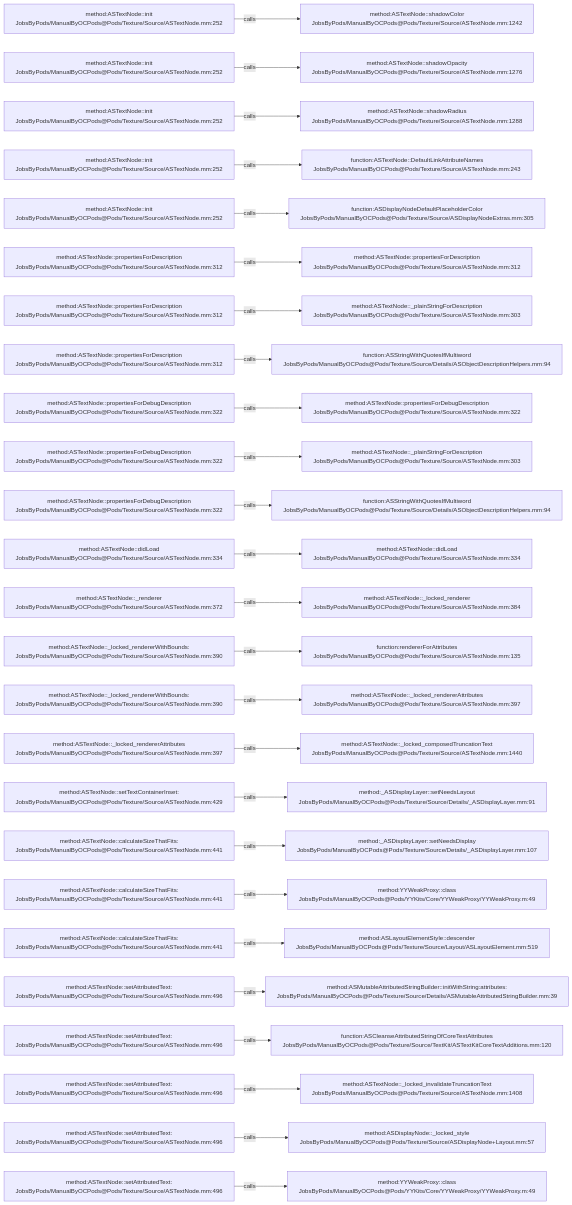
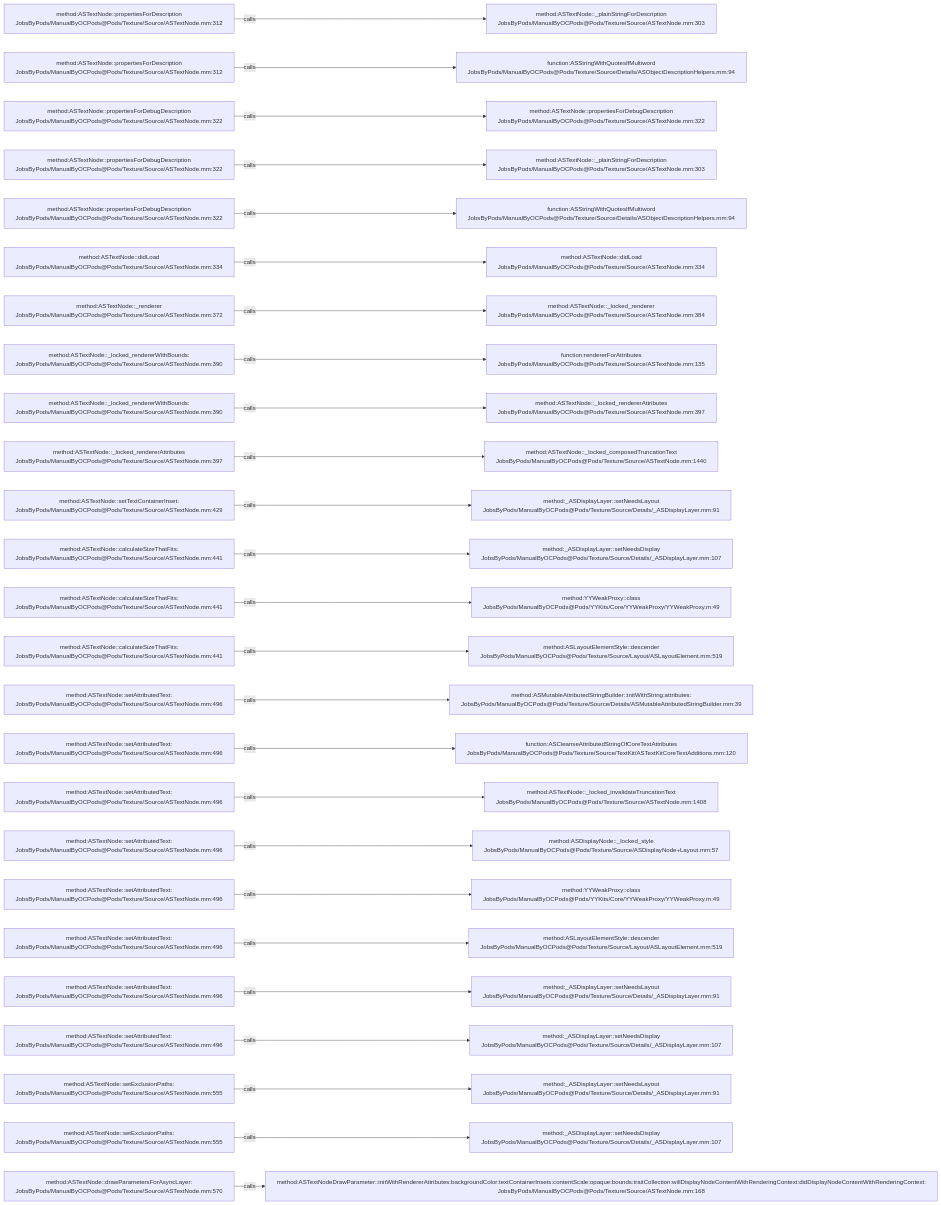
The diagram in .codegraph/codegraph.md/graphs/calls-126.md (JobsKits/JobsOCBaseConfigDemo), drawn with Mermaid before and after one commit. The commit also changed 666 other files, not shown here.

````diff
--- a/.codegraph/codegraph.md/graphs/calls-126.md
+++ b/.codegraph/codegraph.md/graphs/calls-126.md
@@ -13,78 +13,78 @@
 ```mermaid
 flowchart LR
-  S1["method:ASTextNode::init<br/>JobsByPods/ManualByOCPods@Pods/Texture/Source/ASTextNode.mm:252"]
-  T1["method:ASTextNode::shadowColor<br/>JobsByPods/ManualByOCPods@Pods/Texture/Source/ASTextNode.mm:1242"]
+  S1["method:ASTextNode::propertiesForDescription<br/>JobsByPods/ManualByOCPods@Pods/Texture/Source/ASTextNode.mm:312"]
+  T1["method:ASTextNode::_plainStringForDescription<br/>JobsByPods/ManualByOCPods@Pods/Texture/Source/ASTextNode.mm:303"]
   S1 -->|calls| T1
-  S2["method:ASTextNode::init<br/>JobsByPods/ManualByOCPods@Pods/Texture/Source/ASTextNode.mm:252"]
-  T2["method:ASTextNode::shadowOpacity<br/>JobsByPods/ManualByOCPods@Pods/Texture/Source/ASTextNode.mm:1276"]
+  S2["method:ASTextNode::propertiesForDescription<br/>JobsByPods/ManualByOCPods@Pods/Texture/Source/ASTextNode.mm:312"]
+  T2["function:ASStringWithQuotesIfMultiword<br/>JobsByPods/ManualByOCPods@Pods/Texture/Source/Details/ASObjectDescriptionHelpers.mm:94"]
   S2 -->|calls| T2
-  S3["method:ASTextNode::init<br/>JobsByPods/ManualByOCPods@Pods/Texture/Source/ASTextNode.mm:252"]
-  T3["method:ASTextNode::shadowRadius<br/>JobsByPods/ManualByOCPods@Pods/Texture/Source/ASTextNode.mm:1288"]
+  S3["method:ASTextNode::propertiesForDebugDescription<br/>JobsByPods/ManualByOCPods@Pods/Texture/Source/ASTextNode.mm:322"]
+  T3["method:ASTextNode::propertiesForDebugDescription<br/>JobsByPods/ManualByOCPods@Pods/Texture/Source/ASTextNode.mm:322"]
   S3 -->|calls| T3
-  S4["method:ASTextNode::init<br/>JobsByPods/ManualByOCPods@Pods/Texture/Source/ASTextNode.mm:252"]
-  T4["function:ASTextNode::DefaultLinkAttributeNames<br/>JobsByPods/ManualByOCPods@Pods/Texture/Source/ASTextNode.mm:243"]
+  S4["method:ASTextNode::propertiesForDebugDescription<br/>JobsByPods/ManualByOCPods@Pods/Texture/Source/ASTextNode.mm:322"]
+  T4["method:ASTextNode::_plainStringForDescription<br/>JobsByPods/ManualByOCPods@Pods/Texture/Source/ASTextNode.mm:303"]
   S4 -->|calls| T4
-  S5["method:ASTextNode::init<br/>JobsByPods/ManualByOCPods@Pods/Texture/Source/ASTextNode.mm:252"]
-  T5["function:ASDisplayNodeDefaultPlaceholderColor<br/>JobsByPods/ManualByOCPods@Pods/Texture/Source/ASDisplayNodeExtras.mm:305"]
+  S5["method:ASTextNode::propertiesForDebugDescription<br/>JobsByPods/ManualByOCPods@Pods/Texture/Source/ASTextNode.mm:322"]
+  T5["function:ASStringWithQuotesIfMultiword<br/>JobsByPods/ManualByOCPods@Pods/Texture/Source/Details/ASObjectDescriptionHelpers.mm:94"]
   S5 -->|calls| T5
-  S6["method:ASTextNode::propertiesForDescription<br/>JobsByPods/ManualByOCPods@Pods/Texture/Source/ASTextNode.mm:312"]
-  T6["method:ASTextNode::propertiesForDescription<br/>JobsByPods/ManualByOCPods@Pods/Texture/Source/ASTextNode.mm:312"]
+  S6["method:ASTextNode::didLoad<br/>JobsByPods/ManualByOCPods@Pods/Texture/Source/ASTextNode.mm:334"]
+  T6["method:ASTextNode::didLoad<br/>JobsByPods/ManualByOCPods@Pods/Texture/Source/ASTextNode.mm:334"]
   S6 -->|calls| T6
-  S7["method:ASTextNode::propertiesForDescription<br/>JobsByPods/ManualByOCPods@Pods/Texture/Source/ASTextNode.mm:312"]
-  T7["method:ASTextNode::_plainStringForDescription<br/>JobsByPods/ManualByOCPods@Pods/Texture/Source/ASTextNode.mm:303"]
+  S7["method:ASTextNode::_renderer<br/>JobsByPods/ManualByOCPods@Pods/Texture/Source/ASTextNode.mm:372"]
+  T7["method:ASTextNode::_locked_renderer<br/>JobsByPods/ManualByOCPods@Pods/Texture/Source/ASTextNode.mm:384"]
   S7 -->|calls| T7
-  S8["method:ASTextNode::propertiesForDescription<br/>JobsByPods/ManualByOCPods@Pods/Texture/Source/ASTextNode.mm:312"]
-  T8["function:ASStringWithQuotesIfMultiword<br/>JobsByPods/ManualByOCPods@Pods/Texture/Source/Details/ASObjectDescriptionHelpers.mm:94"]
+  S8["method:ASTextNode::_locked_rendererWithBounds:<br/>JobsByPods/ManualByOCPods@Pods/Texture/Source/ASTextNode.mm:390"]
+  T8["function:rendererForAttributes<br/>JobsByPods/ManualByOCPods@Pods/Texture/Source/ASTextNode.mm:135"]
   S8 -->|calls| T8
-  S9["method:ASTextNode::propertiesForDebugDescription<br/>JobsByPods/ManualByOCPods@Pods/Texture/Source/ASTextNode.mm:322"]
-  T9["method:ASTextNode::propertiesForDebugDescription<br/>JobsByPods/ManualByOCPods@Pods/Texture/Source/ASTextNode.mm:322"]
+  S9["method:ASTextNode::_locked_rendererWithBounds:<br/>JobsByPods/ManualByOCPods@Pods/Texture/Source/ASTextNode.mm:390"]
+  T9["method:ASTextNode::_locked_rendererAttributes<br/>JobsByPods/ManualByOCPods@Pods/Texture/Source/ASTextNode.mm:397"]
   S9 -->|calls| T9
-  S10["method:ASTextNode::propertiesForDebugDescription<br/>JobsByPods/ManualByOCPods@Pods/Texture/Source/ASTextNode.mm:322"]
-  T10["method:ASTextNode::_plainStringForDescription<br/>JobsByPods/ManualByOCPods@Pods/Texture/Source/ASTextNode.mm:303"]
+  S10["method:ASTextNode::_locked_rendererAttributes<br/>JobsByPods/ManualByOCPods@Pods/Texture/Source/ASTextNode.mm:397"]
+  T10["method:ASTextNode::_locked_composedTruncationText<br/>JobsByPods/ManualByOCPods@Pods/Texture/Source/ASTextNode.mm:1440"]
   S10 -->|calls| T10
-  S11["method:ASTextNode::propertiesForDebugDescription<br/>JobsByPods/ManualByOCPods@Pods/Texture/Source/ASTextNode.mm:322"]
-  T11["function:ASStringWithQuotesIfMultiword<br/>JobsByPods/ManualByOCPods@Pods/Texture/Source/Details/ASObjectDescriptionHelpers.mm:94"]
+  S11["method:ASTextNode::setTextContainerInset:<br/>JobsByPods/ManualByOCPods@Pods/Texture/Source/ASTextNode.mm:429"]
+  T11["method:_ASDisplayLayer::setNeedsLayout<br/>JobsByPods/ManualByOCPods@Pods/Texture/Source/Details/_ASDisplayLayer.mm:91"]
   S11 -->|calls| T11
-  S12["method:ASTextNode::didLoad<br/>JobsByPods/ManualByOCPods@Pods/Texture/Source/ASTextNode.mm:334"]
-  T12["method:ASTextNode::didLoad<br/>JobsByPods/ManualByOCPods@Pods/Texture/Source/ASTextNode.mm:334"]
+  S12["method:ASTextNode::calculateSizeThatFits:<br/>JobsByPods/ManualByOCPods@Pods/Texture/Source/ASTextNode.mm:441"]
+  T12["method:_ASDisplayLayer::setNeedsDisplay<br/>JobsByPods/ManualByOCPods@Pods/Texture/Source/Details/_ASDisplayLayer.mm:107"]
   S12 -->|calls| T12
-  S13["method:ASTextNode::_renderer<br/>JobsByPods/ManualByOCPods@Pods/Texture/Source/ASTextNode.mm:372"]
-  T13["method:ASTextNode::_locked_renderer<br/>JobsByPods/ManualByOCPods@Pods/Texture/Source/ASTextNode.mm:384"]
+  S13["method:ASTextNode::calculateSizeThatFits:<br/>JobsByPods/ManualByOCPods@Pods/Texture/Source/ASTextNode.mm:441"]
+  T13["method:YYWeakProxy::class<br/>JobsByPods/ManualByOCPods@Pods/YYKits/Core/YYWeakProxy/YYWeakProxy.m:49"]
   S13 -->|calls| T13
-  S14["method:ASTextNode::_locked_rendererWithBounds:<br/>JobsByPods/ManualByOCPods@Pods/Texture/Source/ASTextNode.mm:390"]
-  T14["function:rendererForAttributes<br/>JobsByPods/ManualByOCPods@Pods/Texture/Source/ASTextNode.mm:135"]
+  S14["method:ASTextNode::calculateSizeThatFits:<br/>JobsByPods/ManualByOCPods@Pods/Texture/Source/ASTextNode.mm:441"]
+  T14["method:ASLayoutElementStyle::descender<br/>JobsByPods/ManualByOCPods@Pods/Texture/Source/Layout/ASLayoutElement.mm:519"]
   S14 -->|calls| T14
-  S15["method:ASTextNode::_locked_rendererWithBounds:<br/>JobsByPods/ManualByOCPods@Pods/Texture/Source/ASTextNode.mm:390"]
-  T15["method:ASTextNode::_locked_rendererAttributes<br/>JobsByPods/ManualByOCPods@Pods/Texture/Source/ASTextNode.mm:397"]
+  S15["method:ASTextNode::setAttributedText:<br/>JobsByPods/ManualByOCPods@Pods/Texture/Source/ASTextNode.mm:496"]
+  T15["method:ASMutableAttributedStringBuilder::initWithString:attributes:<br/>JobsByPods/ManualByOCPods@Pods/Texture/Source/Details/ASMutableAttributedStringBuilder.mm:39"]
   S15 -->|calls| T15
-  S16["method:ASTextNode::_locked_rendererAttributes<br/>JobsByPods/ManualByOCPods@Pods/Texture/Source/ASTextNode.mm:397"]
-  T16["method:ASTextNode::_locked_composedTruncationText<br/>JobsByPods/ManualByOCPods@Pods/Texture/Source/ASTextNode.mm:1440"]
+  S16["method:ASTextNode::setAttributedText:<br/>JobsByPods/ManualByOCPods@Pods/Texture/Source/ASTextNode.mm:496"]
+  T16["function:ASCleanseAttributedStringOfCoreTextAttributes<br/>JobsByPods/ManualByOCPods@Pods/Texture/Source/TextKit/ASTextKitCoreTextAdditions.mm:120"]
   S16 -->|calls| T16
-  S17["method:ASTextNode::setTextContainerInset:<br/>JobsByPods/ManualByOCPods@Pods/Texture/Source/ASTextNode.mm:429"]
-  T17["method:_ASDisplayLayer::setNeedsLayout<br/>JobsByPods/ManualByOCPods@Pods/Texture/Source/Details/_ASDisplayLayer.mm:91"]
+  S17["method:ASTextNode::setAttributedText:<br/>JobsByPods/ManualByOCPods@Pods/Texture/Source/ASTextNode.mm:496"]
+  T17["method:ASTextNode::_locked_invalidateTruncationText<br/>JobsByPods/ManualByOCPods@Pods/Texture/Source/ASTextNode.mm:1408"]
   S17 -->|calls| T17
-  S18["method:ASTextNode::calculateSizeThatFits:<br/>JobsByPods/ManualByOCPods@Pods/Texture/Source/ASTextNode.mm:441"]
-  T18["method:_ASDisplayLayer::setNeedsDisplay<br/>JobsByPods/ManualByOCPods@Pods/Texture/Source/Details/_ASDisplayLayer.mm:107"]
+  S18["method:ASTextNode::setAttributedText:<br/>JobsByPods/ManualByOCPods@Pods/Texture/Source/ASTextNode.mm:496"]
+  T18["method:ASDisplayNode::_locked_style<br/>JobsByPods/ManualByOCPods@Pods/Texture/Source/ASDisplayNode+Layout.mm:57"]
   S18 -->|calls| T18
-  S19["method:ASTextNode::calculateSizeThatFits:<br/>JobsByPods/ManualByOCPods@Pods/Texture/Source/ASTextNode.mm:441"]
+  S19["method:ASTextNode::setAttributedText:<br/>JobsByPods/ManualByOCPods@Pods/Texture/Source/ASTextNode.mm:496"]
   T19["method:YYWeakProxy::class<br/>JobsByPods/ManualByOCPods@Pods/YYKits/Core/YYWeakProxy/YYWeakProxy.m:49"]
   S19 -->|calls| T19
-  S20["method:ASTextNode::calculateSizeThatFits:<br/>JobsByPods/ManualByOCPods@Pods/Texture/Source/ASTextNode.mm:441"]
+  S20["method:ASTextNode::setAttributedText:<br/>JobsByPods/ManualByOCPods@Pods/Texture/Source/ASTextNode.mm:496"]
   T20["method:ASLayoutElementStyle::descender<br/>JobsByPods/ManualByOCPods@Pods/Texture/Source/Layout/ASLayoutElement.mm:519"]
   S20 -->|calls| T20
   S21["method:ASTextNode::setAttributedText:<br/>JobsByPods/ManualByOCPods@Pods/Texture/Source/ASTextNode.mm:496"]
-  T21["method:ASMutableAttributedStringBuilder::initWithString:attributes:<br/>JobsByPods/ManualByOCPods@Pods/Texture/Source/Details/ASMutableAttributedStringBuilder.mm:39"]
+  T21["method:_ASDisplayLayer::setNeedsLayout<br/>JobsByPods/ManualByOCPods@Pods/Texture/Source/Details/_ASDisplayLayer.mm:91"]
   S21 -->|calls| T21
   S22["method:ASTextNode::setAttributedText:<br/>JobsByPods/ManualByOCPods@Pods/Texture/Source/ASTextNode.mm:496"]
-  T22["function:ASCleanseAttributedStringOfCoreTextAttributes<br/>JobsByPods/ManualByOCPods@Pods/Texture/Source/TextKit/ASTextKitCoreTextAdditions.mm:120"]
+  T22["method:_ASDisplayLayer::setNeedsDisplay<br/>JobsByPods/ManualByOCPods@Pods/Texture/Source/Details/_ASDisplayLayer.mm:107"]
   S22 -->|calls| T22
-  S23["method:ASTextNode::setAttributedText:<br/>JobsByPods/ManualByOCPods@Pods/Texture/Source/ASTextNode.mm:496"]
-  T23["method:ASTextNode::_locked_invalidateTruncationText<br/>JobsByPods/ManualByOCPods@Pods/Texture/Source/ASTextNode.mm:1408"]
+  S23["method:ASTextNode::setExclusionPaths:<br/>JobsByPods/ManualByOCPods@Pods/Texture/Source/ASTextNode.mm:555"]
+  T23["method:_ASDisplayLayer::setNeedsLayout<br/>JobsByPods/ManualByOCPods@Pods/Texture/Source/Details/_ASDisplayLayer.mm:91"]
   S23 -->|calls| T23
-  S24["method:ASTextNode::setAttributedText:<br/>JobsByPods/ManualByOCPods@Pods/Texture/Source/ASTextNode.mm:496"]
-  T24["method:ASDisplayNode::_locked_style<br/>JobsByPods/ManualByOCPods@Pods/Texture/Source/ASDisplayNode+Layout.mm:57"]
+  S24["method:ASTextNode::setExclusionPaths:<br/>JobsByPods/ManualByOCPods@Pods/Texture/Source/ASTextNode.mm:555"]
+  T24["method:_ASDisplayLayer::setNeedsDisplay<br/>JobsByPods/ManualByOCPods@Pods/Texture/Source/Details/_ASDisplayLayer.mm:107"]
   S24 -->|calls| T24
-  S25["method:ASTextNode::setAttributedText:<br/>JobsByPods/ManualByOCPods@Pods/Texture/Source/ASTextNode.mm:496"]
-  T25["method:YYWeakProxy::class<br/>JobsByPods/ManualByOCPods@Pods/YYKits/Core/YYWeakProxy/YYWeakProxy.m:49"]
+  S25["method:ASTextNode::drawParametersForAsyncLayer:<br/>JobsByPods/ManualByOCPods@Pods/Texture/Source/ASTextNode.mm:570"]
+  T25["method:ASTextNodeDrawParameter::initWithRendererAttributes:backgroundColor:textContainerInsets:contentScale:opaque:bounds:traitCollection:willDisplayNodeContentWithRenderingContext:didDisplayNodeContentWithRenderingContext:<br/>JobsByPods/ManualByOCPods@Pods/Texture/Source/ASTextNode.mm:168"]
   S25 -->|calls| T25
 ```
````
